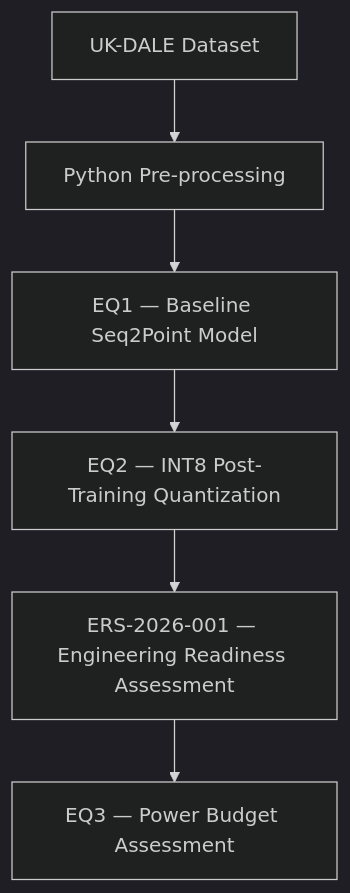
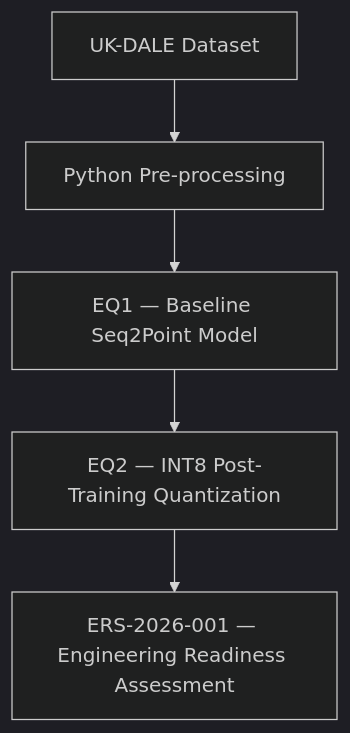
One commit to Radianode/ers-2026-001 changed the diagram in WORKFLOW.md. Above: the diagram before and after it, drawn with Mermaid (dark theme). The commit also changed other lines of this file and 10 other files, not shown here.

````diff
--- a/WORKFLOW.md
+++ b/WORKFLOW.md
@@ -3,8 +3,7 @@
 ```mermaid
 flowchart TD
     A[UK-DALE Dataset] --> B[Python Pre-processing]
     B --> C["EQ1 — Baseline Seq2Point Model"]
     C --> D["EQ2 — INT8 Post-Training Quantization"]
     D --> E["ERS-2026-001 — Engineering Readiness Assessment"]
-    E --> F["EQ3 — Power Budget Assessment"]
 ```
````
